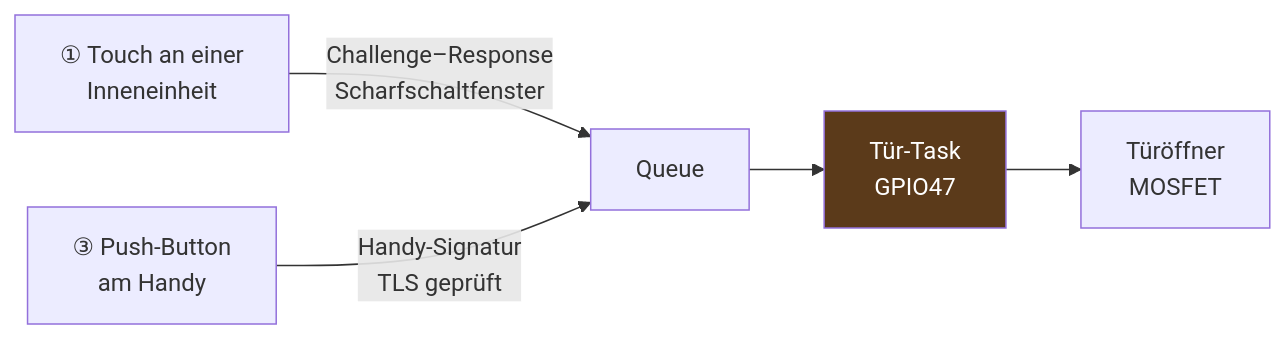
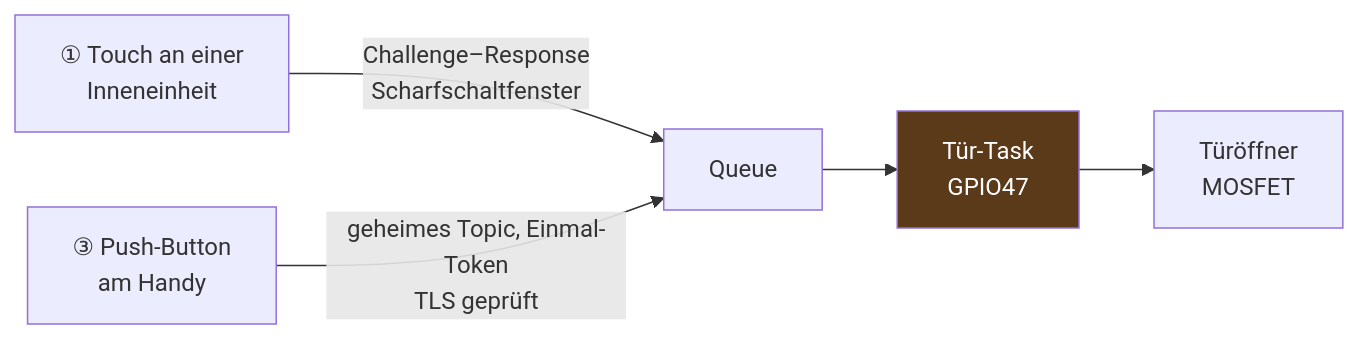
One commit to akoerner-dev/ClearBell changed the seventh of 9 diagrams in docs/Softwarearchitektur_V0.2.md. Above: the diagram before and after it, drawn with Mermaid. The commit also changed other lines of this file and 19 other files, not shown here.

````diff
--- a/docs/Softwarearchitektur_V0.2.md
+++ b/docs/Softwarearchitektur_V0.2.md
@@ -548,8 +551,8 @@
 ```mermaid
 graph LR
     T1["① Touch an einer<br/>Inneneinheit"] -->|"Challenge–Response<br/>Scharfschaltfenster"| Q["Queue"]
-    T3["③ Push-Button<br/>am Handy"] -->|"Handy-Signatur<br/>TLS geprüft"| Q
+    T3["③ Push-Button<br/>am Handy"] -->|"geheimes Topic, Einmal-Token<br/>TLS geprüft"| Q
     Q --> G["Tür-Task<br/>GPIO47"]
     G --> D["Türöffner<br/>MOSFET"]
     style G fill:#5b3a1a,color:#fff
 ```
````
